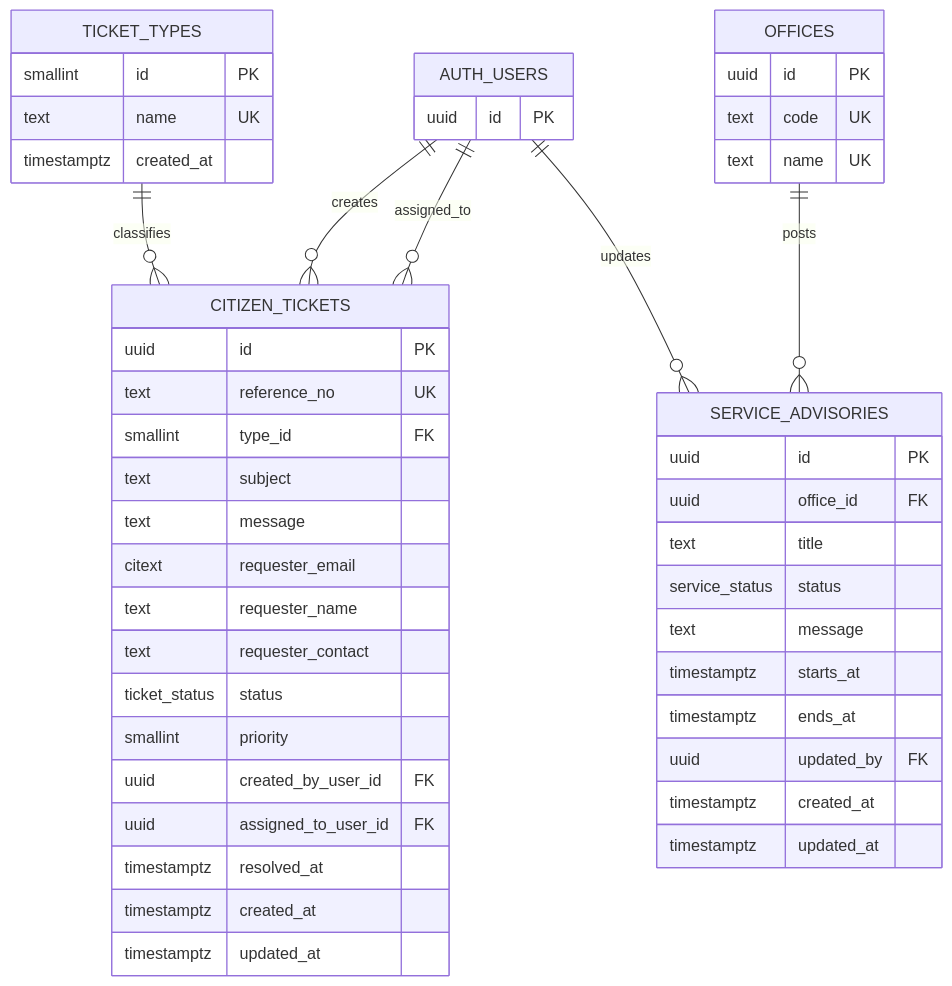
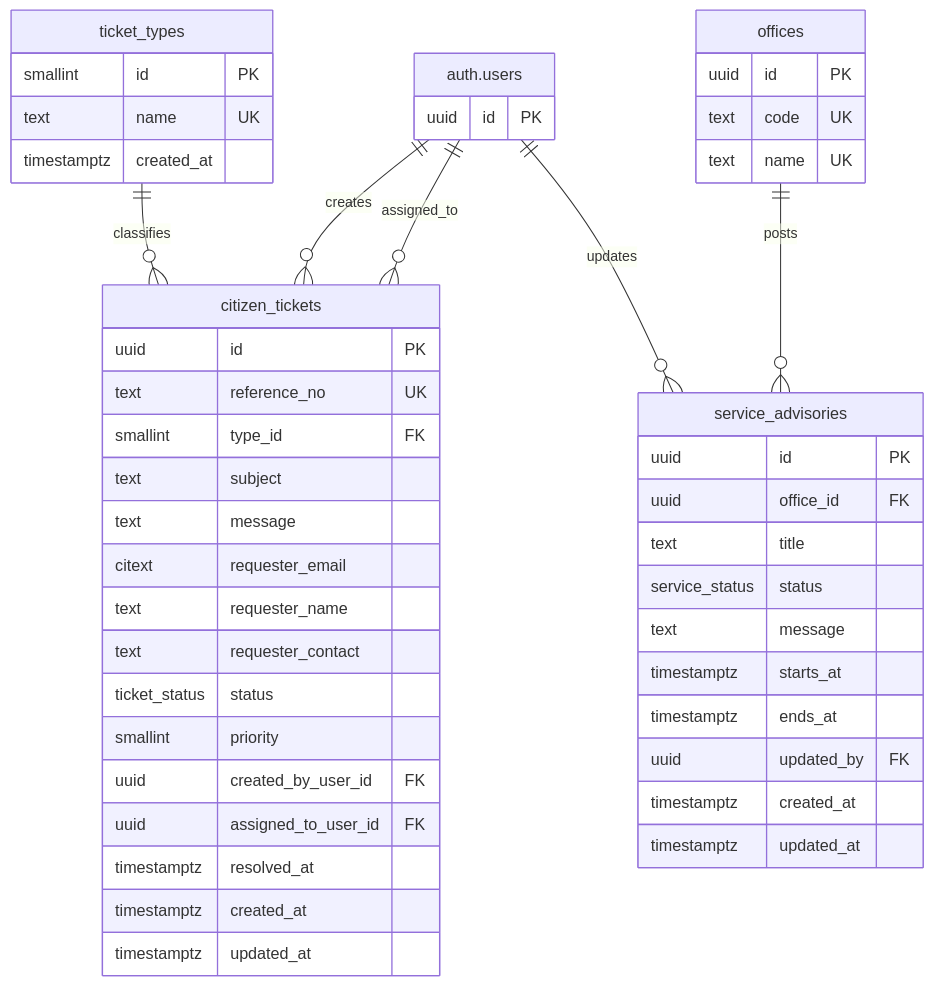
The eighth of 9 diagrams in Methodology/3.2.4-Database-Schema.md (txiaoqt/lydo-connect-org-focused), drawn with Mermaid before and after one commit. The commit also changed other lines of this file, not shown here.

````diff
--- a/Methodology/3.2.4-Database-Schema.md
+++ b/Methodology/3.2.4-Database-Schema.md
@@ -657,55 +657,55 @@
 ```mermaid
 erDiagram
-    TICKET_TYPES ||--o{ CITIZEN_TICKETS : classifies
-    AUTH_USERS ||--o{ CITIZEN_TICKETS : creates
-    AUTH_USERS ||--o{ CITIZEN_TICKETS : assigned_to
-    OFFICES ||--o{ SERVICE_ADVISORIES : posts
-    AUTH_USERS ||--o{ SERVICE_ADVISORIES : updates
+    ticket_types ||--o{ citizen_tickets : classifies
+    auth.users ||--o{ citizen_tickets : creates
+    auth.users ||--o{ citizen_tickets : assigned_to
+    offices ||--o{ service_advisories : posts
+    auth.users ||--o{ service_advisories : updates
 
-    AUTH_USERS {
+    auth.users {
       uuid id PK
     }
 
-    OFFICES {
+    offices {
       uuid id PK
       text code UK
       text name UK
     }
 
-    TICKET_TYPES {
+    ticket_types {
       smallint id PK
       text name UK
       timestamptz created_at
     }
 
-    CITIZEN_TICKETS {
+    citizen_tickets {
       uuid id PK
       text reference_no UK
       smallint type_id FK
       text subject
       text message
       citext requester_email
       text requester_name
       text requester_contact
       ticket_status status
       smallint priority
       uuid created_by_user_id FK
       uuid assigned_to_user_id FK
       timestamptz resolved_at
       timestamptz created_at
       timestamptz updated_at
     }
 
-    SERVICE_ADVISORIES {
+    service_advisories {
       uuid id PK
       uuid office_id FK
       text title
       service_status status
       text message
       timestamptz starts_at
       timestamptz ends_at
       uuid updated_by FK
       timestamptz created_at
       timestamptz updated_at
     }
 ```
````
